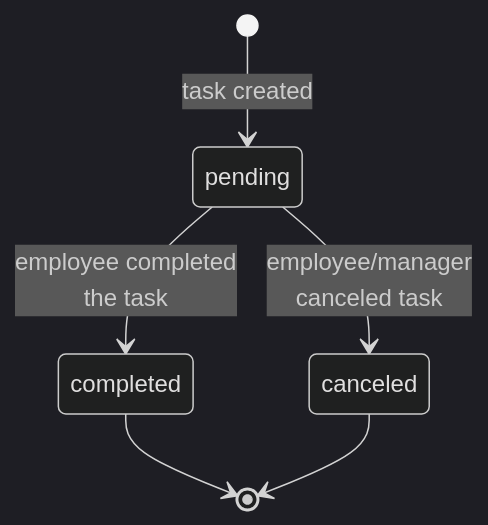
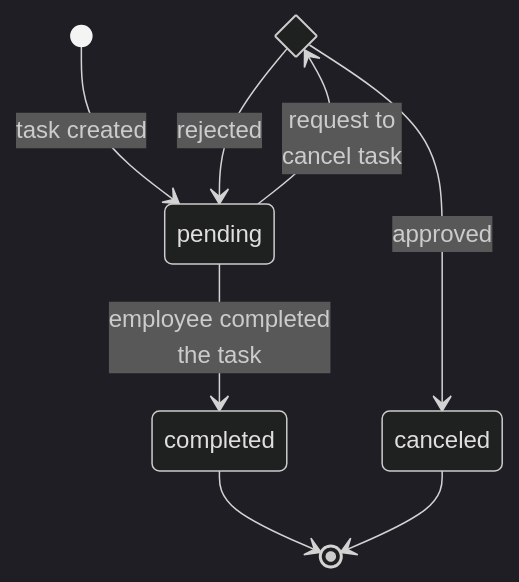
The second of 3 diagrams in docs/state-diagram.md (nnminh-sam/trip-sync-microservices), drawn with Mermaid (dark theme) before and after one commit. The commit also changed other lines of this file and 6 other files, not shown here.

````diff
--- a/docs/state-diagram.md
+++ b/docs/state-diagram.md
@@ -23,8 +30,11 @@
 ```mermaid
 stateDiagram-v2
+    state if_state <<choice>>
     [*] --> pending: task created
+    pending --> if_state: request to<br/>cancel task
     pending --> completed: employee completed<br/>the task
-    pending --> canceled: employee/manager<br/>canceled task
+    if_state --> pending: rejected
+    if_state --> canceled: approved
     completed --> [*]
     canceled --> [*]
 ```
````
